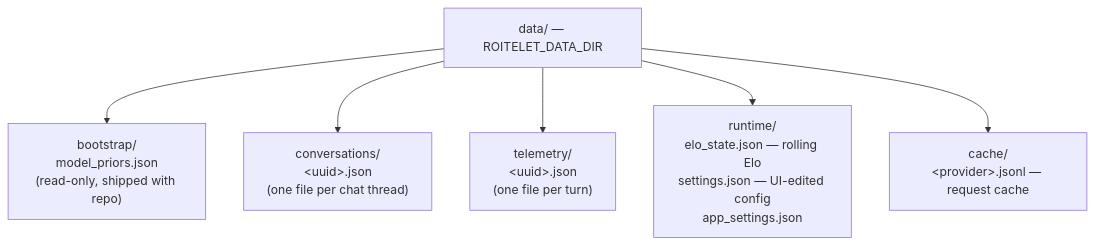
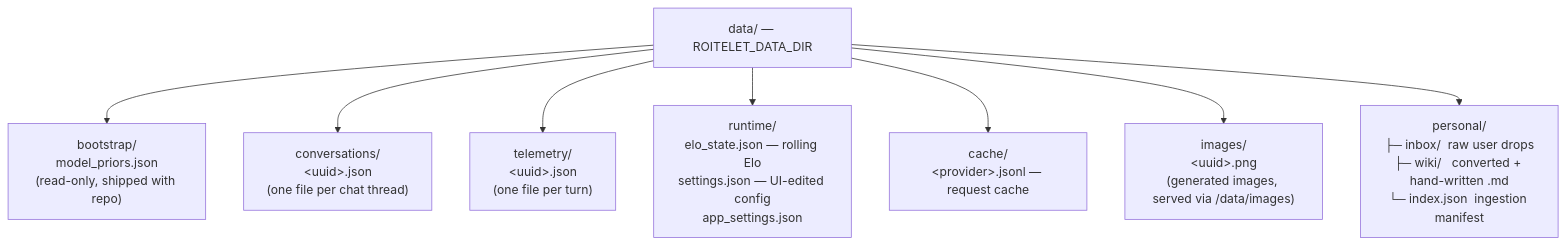
One commit to warith-harchaoui/roitelet-llm changed the seventh of 7 diagrams in MECHANISM.md. Above: the diagram before and after it, drawn with Mermaid. The commit also changed other lines of this file and 35 other files, not shown here.

````diff
--- a/MECHANISM.md
+++ b/MECHANISM.md
@@ -370,9 +415,11 @@
 ```mermaid
 flowchart TD
     DD["data/ — ROITELET_DATA_DIR"]
     DD --> BOOT["bootstrap/<br/>model_priors.json<br/>(read-only, shipped with repo)"]
     DD --> CONV["conversations/<br/>&lt;uuid&gt;.json<br/>(one file per chat thread)"]
     DD --> TEL["telemetry/<br/>&lt;uuid&gt;.json<br/>(one file per turn)"]
     DD --> RUN["runtime/<br/>elo_state.json — rolling Elo<br/>settings.json — UI-edited config<br/>app_settings.json"]
     DD --> CACHE["cache/<br/>&lt;provider&gt;.jsonl — request cache"]
+    DD --> IMG["images/<br/>&lt;uuid&gt;.png<br/>(generated images, served via /data/images)"]
+    DD --> PERSON["personal/<br/>├─ inbox/  raw user drops<br/>├─ wiki/   converted + hand-written .md<br/>└─ index.json  ingestion manifest"]
 ```
````
